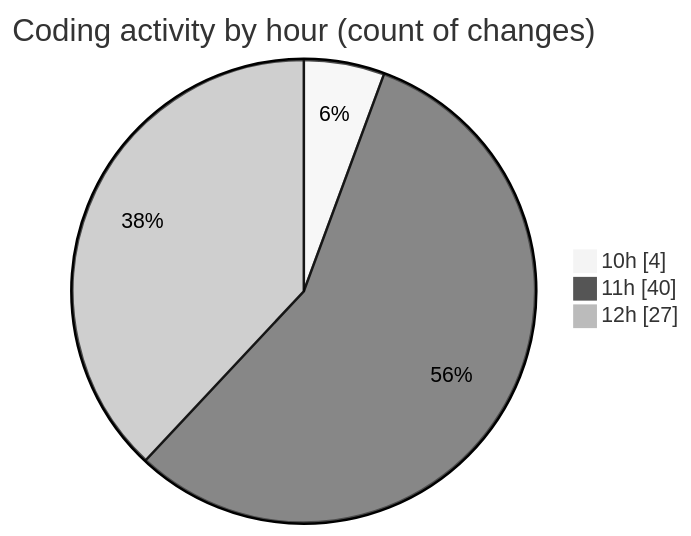
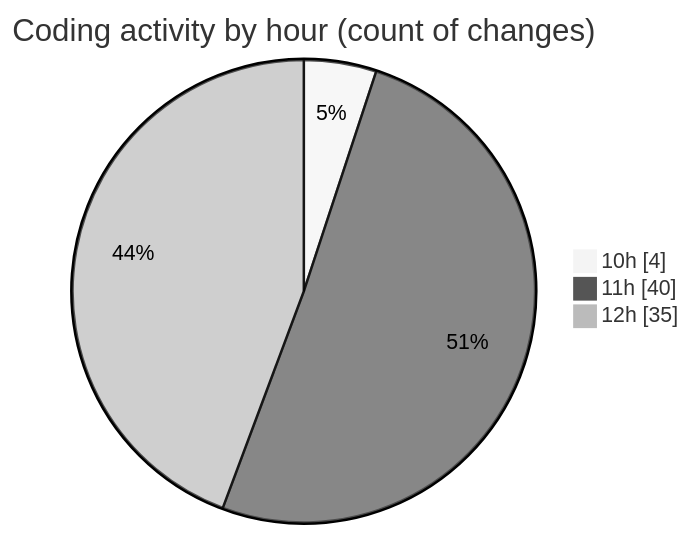
Before and after one commit to nxtqubesakshisongat/code-tracking: the second of 2 diagrams in 2025-07-28/nxtqube_webapp/README.md, drawn with Mermaid (neutral theme). The commit also changed other lines of this file and 1 other file, not shown here.

````diff
--- a/2025-07-28/nxtqube_webapp/README.md
+++ b/2025-07-28/nxtqube_webapp/README.md
@@ -54,7 +54,7 @@
 ```mermaid
 pie showData
 title Coding activity by hour (count of changes)
 "10h" : 4
 "11h" : 40
-"12h" : 27
+"12h" : 35
 ```
````
